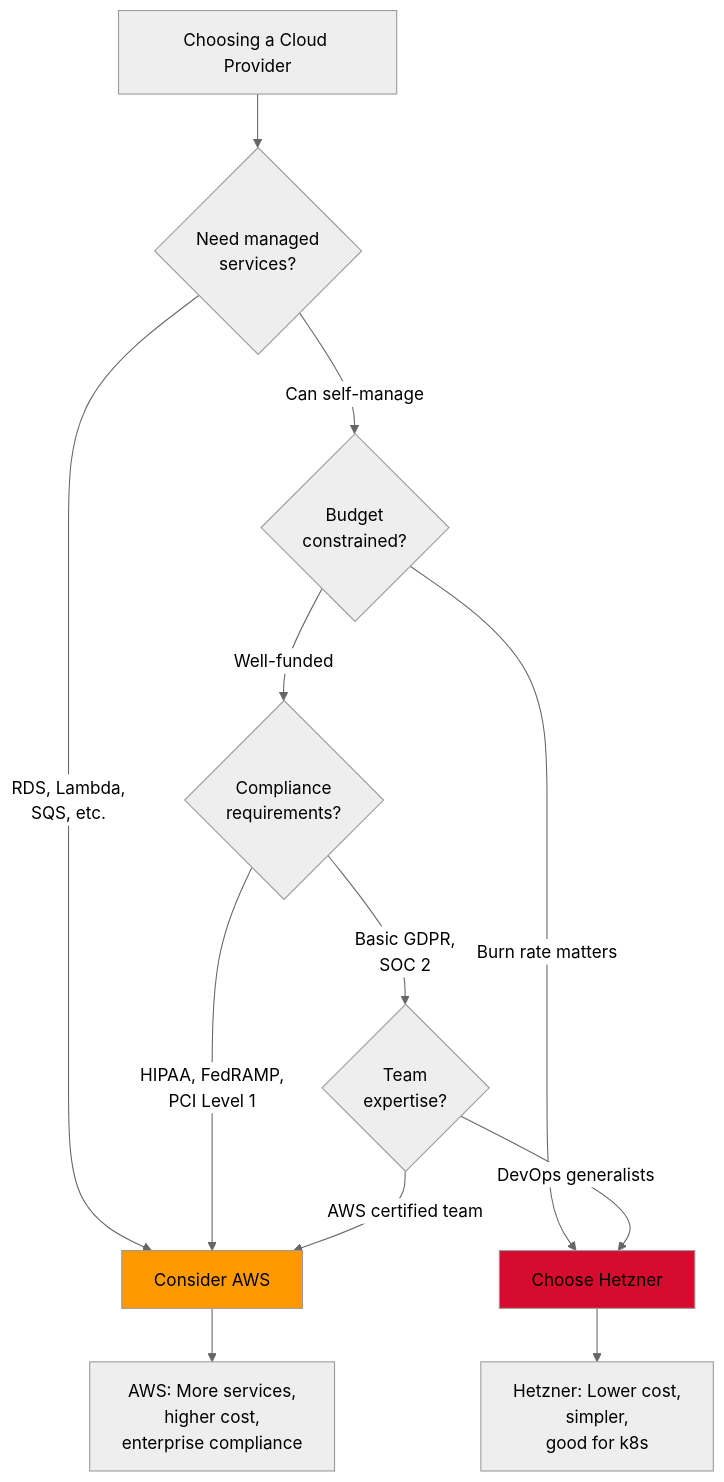
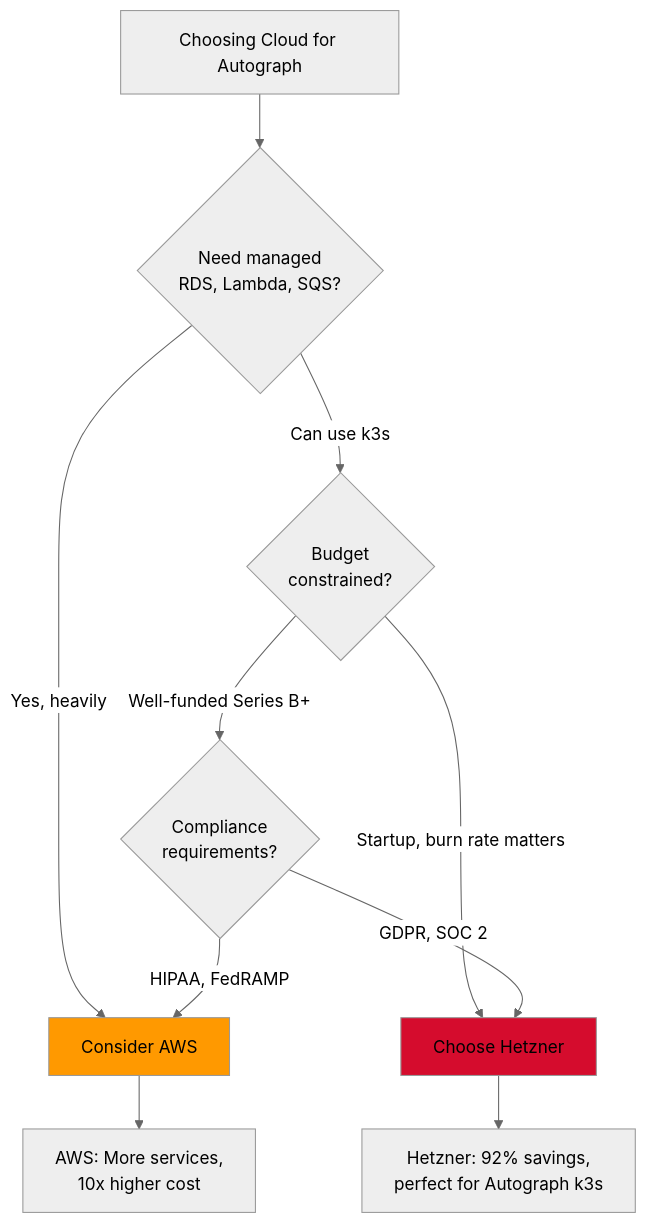
The fifth of 7 diagrams in DevOps/03-Platform/01-Cloud-Platforms.md (PearlThoughtsInternship/Internship-Obsidian-Vault), drawn with Mermaid (neutral theme) before and after one commit. The commit also changed other lines of this file and 4 other files, not shown here.

````diff
--- a/DevOps/03-Platform/01-Cloud-Platforms.md
+++ b/DevOps/03-Platform/01-Cloud-Platforms.md
@@ -144,21 +209,18 @@
 ```mermaid
 flowchart TD
-    Start["Choosing a Cloud Provider"] --> Q1{"Need managed<br/>services?"}
-    Q1 -->|"RDS, Lambda,<br/>SQS, etc."| AWS["Consider AWS"]
-    Q1 -->|"Can self-manage"| Q2{"Budget<br/>constrained?"}
+    Start["Choosing Cloud for Autograph"] --> Q1{"Need managed<br/>RDS, Lambda, SQS?"}
+    Q1 -->|"Yes, heavily"| AWS["Consider AWS"]
+    Q1 -->|"Can use k3s"| Q2{"Budget<br/>constrained?"}
 
-    Q2 -->|"Burn rate matters"| Hetzner["Choose Hetzner"]
-    Q2 -->|"Well-funded"| Q3{"Compliance<br/>requirements?"}
+    Q2 -->|"Startup, burn rate matters"| Hetzner["Choose Hetzner"]
+    Q2 -->|"Well-funded Series B+"| Q3{"Compliance<br/>requirements?"}
 
-    Q3 -->|"HIPAA, FedRAMP,<br/>PCI Level 1"| AWS
-    Q3 -->|"Basic GDPR,<br/>SOC 2"| Q4{"Team<br/>expertise?"}
+    Q3 -->|"HIPAA, FedRAMP"| AWS
+    Q3 -->|"GDPR, SOC 2"| Hetzner
 
-    Q4 -->|"AWS certified team"| AWS
-    Q4 -->|"DevOps generalists"| Hetzner
+    AWS --> AWSNote["AWS: More services,<br/>10x higher cost"]
+    Hetzner --> HetznerNote["Hetzner: 92% savings,<br/>perfect for Autograph k3s"]
 
-    AWS --> AWSNote["AWS: More services,<br/>higher cost,<br/>enterprise compliance"]
-    Hetzner --> HetznerNote["Hetzner: Lower cost,<br/>simpler,<br/>good for k8s"]
-
+    style Hetzner fill:#D50C2D
     style AWS fill:#FF9900
-    style Hetzner fill:#D50C2D
 ```
````
